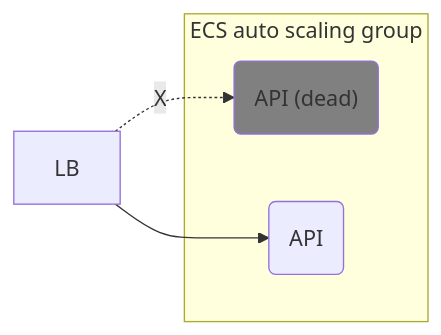
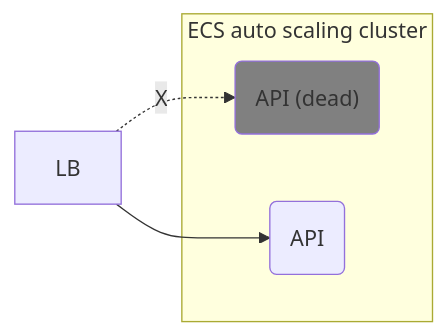
One commit to pavradev/data-analytics-app-architecture-aws changed the fourth of 7 diagrams in README.md. Above: the diagram before and after it, drawn with Mermaid. The commit also changed other lines of this file, not shown here.

````diff
--- a/README.md
+++ b/README.md
@@ -57,10 +57,10 @@
 ```mermaid
   flowchart LR
   style api1 fill:grey
   lb[LB] -.X.-> api1("API (dead)") 
   lb[LB] -->  api2(API)
-  subgraph c1 [ECS auto scaling group]
+  subgraph c1 [ECS auto scaling cluster]
       api1
       api2
   end
 ```
````
